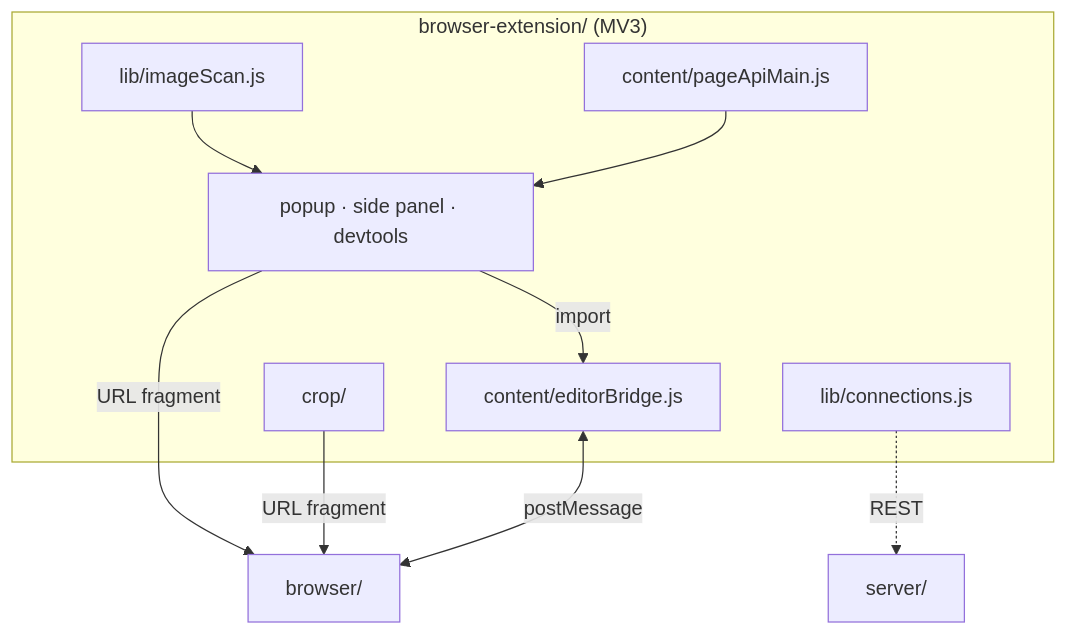
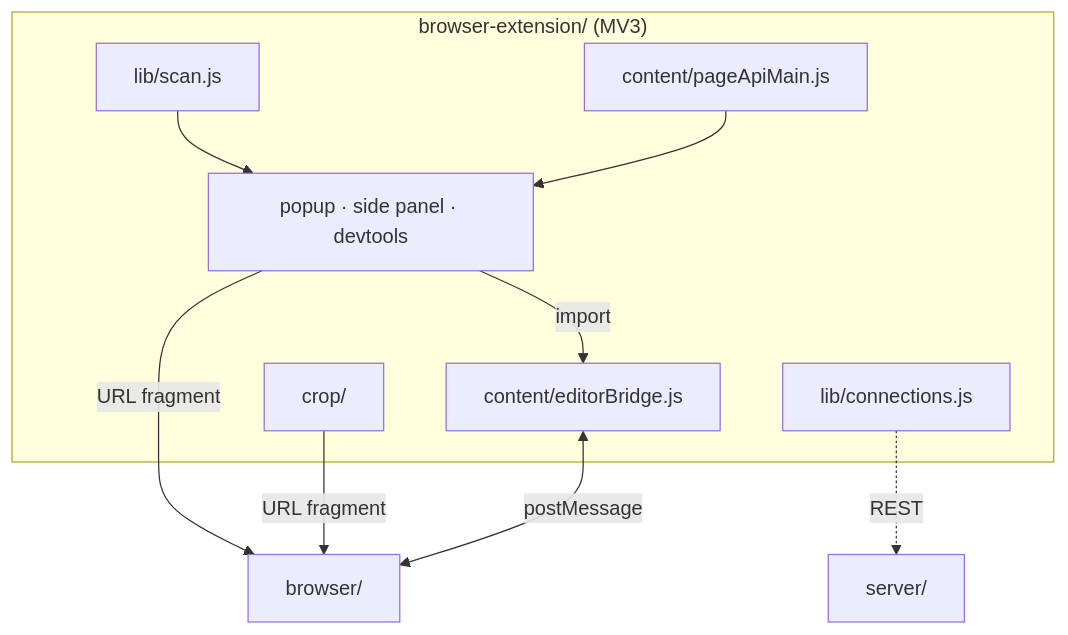
Before and after one commit to andrew1407/stencil: the first of 2 diagrams in browser-extension/ARCHITECTURE.md, drawn with Mermaid. The commit also changed other lines of this file and 1322 other files, not shown here.

````diff
--- a/browser-extension/ARCHITECTURE.md
+++ b/browser-extension/ARCHITECTURE.md
@@ -9,21 +9,21 @@
 ```mermaid
 graph TD
     subgraph EXT["browser-extension/ (MV3)"]
-      SCAN["lib/imageScan.js"]
+      SCAN["lib/scan.js"]
       SURF["popup · side panel · devtools"]
       CROP["crop/"]
       CONN["lib/connections.js"]
       PAGEAPI["content/pageApiMain.js"]
       EDITREL["content/editorBridge.js"]
     end
     WEB["browser/"]
     SRV["server/"]
 
     SCAN --> SURF
     PAGEAPI --> SURF
     SURF -->|"URL fragment"| WEB
     SURF -->|"import"| EDITREL
     CROP -->|"URL fragment"| WEB
     EDITREL <-->|"postMessage"| WEB
     CONN -.->|"REST"| SRV
 ```
````
